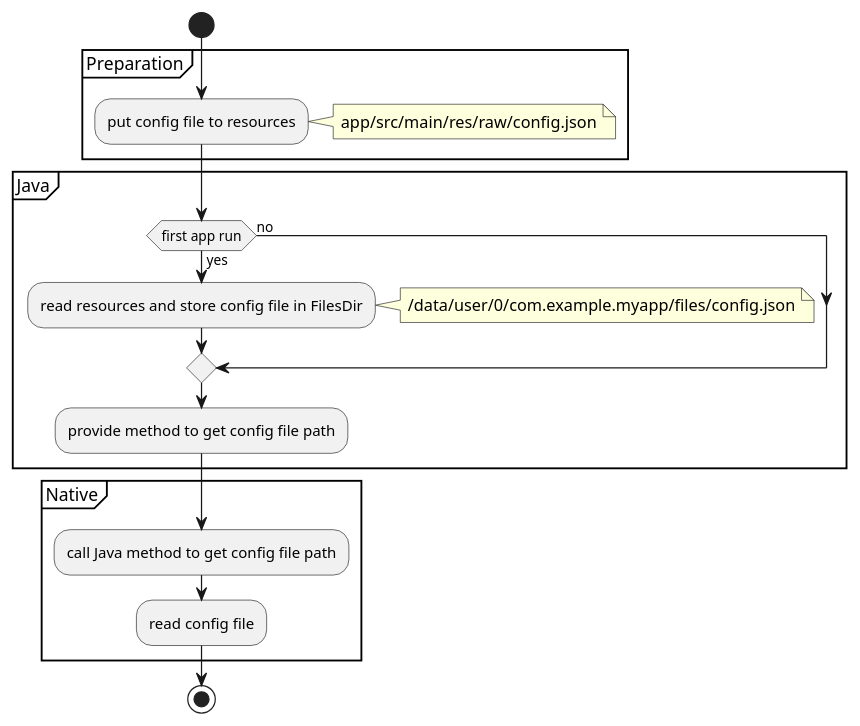
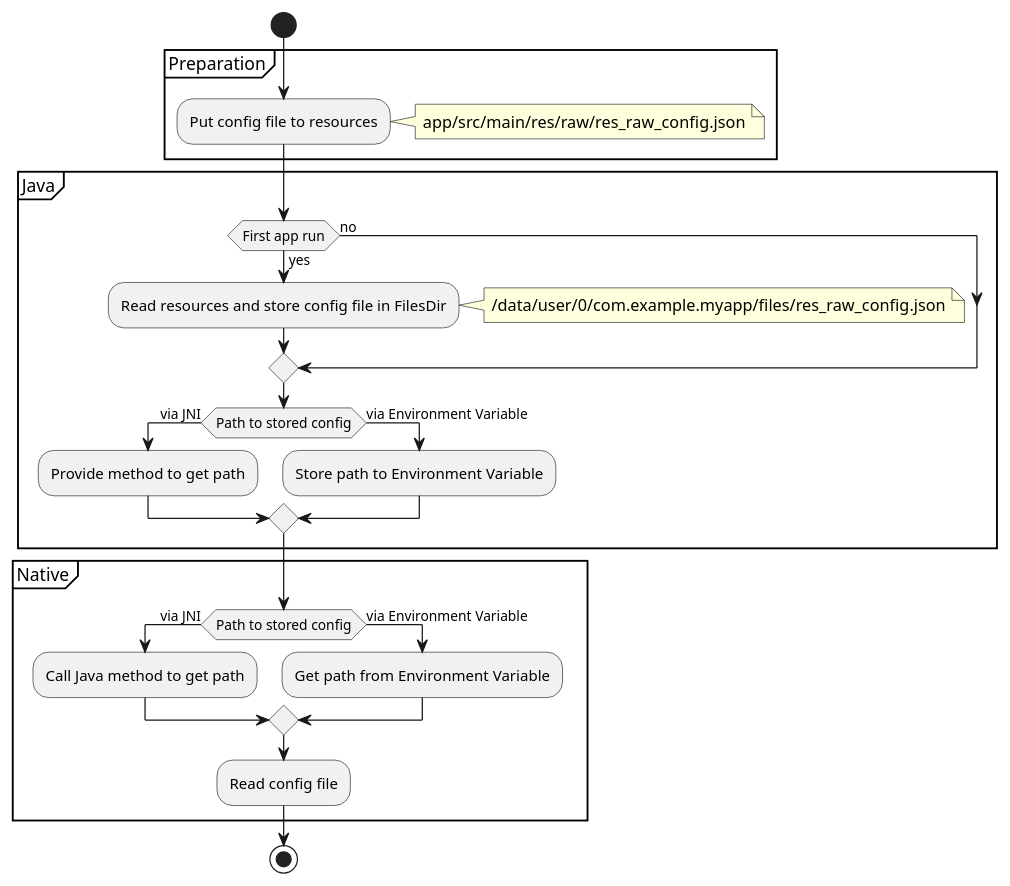
Before and after one commit to nkh-lab/ndk-config-provider: the diagram in doc/activity-diagram.puml, drawn with PlantUML. The commit also changed 10 other files, not shown here.

```diff
--- a/doc/activity-diagram.puml
+++ b/doc/activity-diagram.puml
@@ -1,24 +1,36 @@
 @startuml
 start
 partition Preparation {
-    :put config file to resources;
+    :Put config file to resources;
     note right
-        app/src/main/res/raw/config.json
+        app/src/main/res/raw/res_raw_config.json
     end note
 }
 partition Java {
-    if (first app run) then (yes)
-        :read resources and store config file in FilesDir;
+    if (First app run) then (yes)
+        :Read resources and store config file in FilesDir;
         note right
-            /data/user/0/com.example.myapp/files/config.json
+            /data/user/0/com.example.myapp/files/res_raw_config.json
         end note
     else (no)
     endif
-    :provide method to get config file path;
+
+    if (Path to stored config) then (via JNI)
+        :Provide method to get path;
+    else (via Environment Variable)
+        :Store path to Environment Variable;
+    endif
 }
+
 partition Native {
-    :call Java method to get config file path;
-    :read config file;
+
+    if (Path to stored config) then (via JNI)
+        :Call Java method to get path;
+    else (via Environment Variable)
+        :Get path from Environment Variable;
+    endif
+
+    :Read config file;
 }
 stop
 @enduml
```
